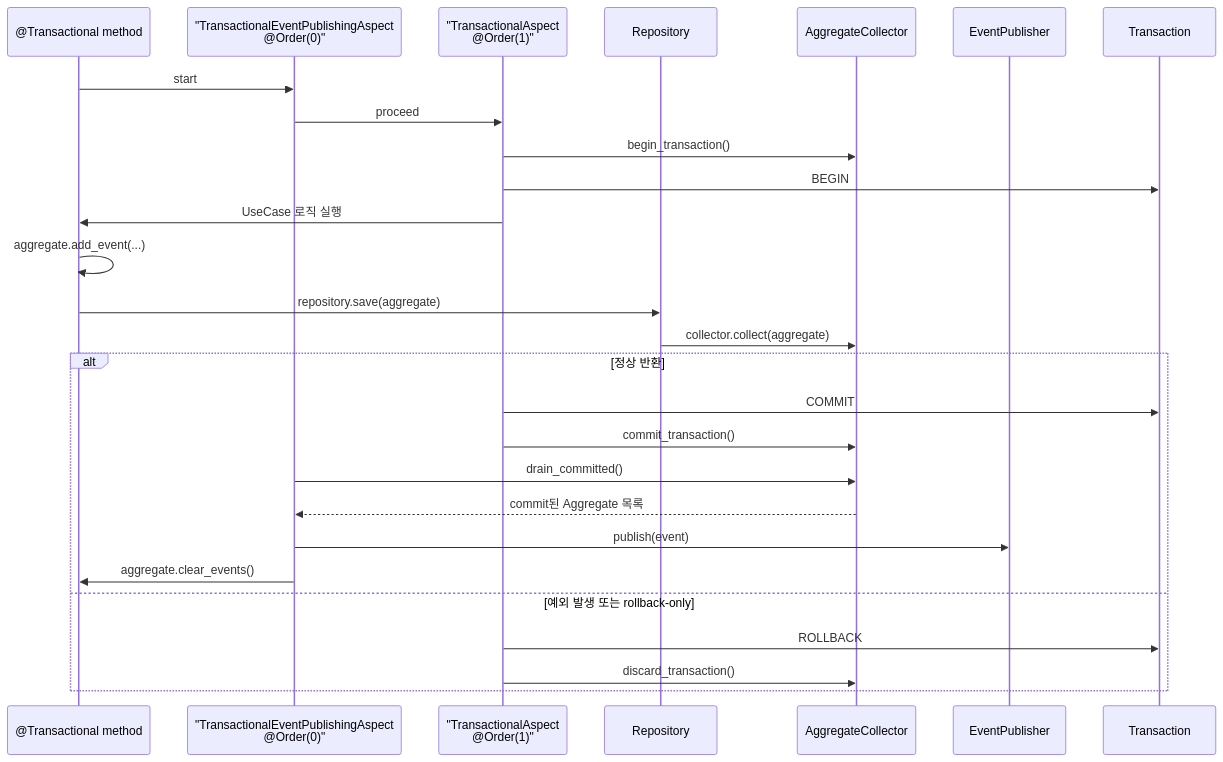
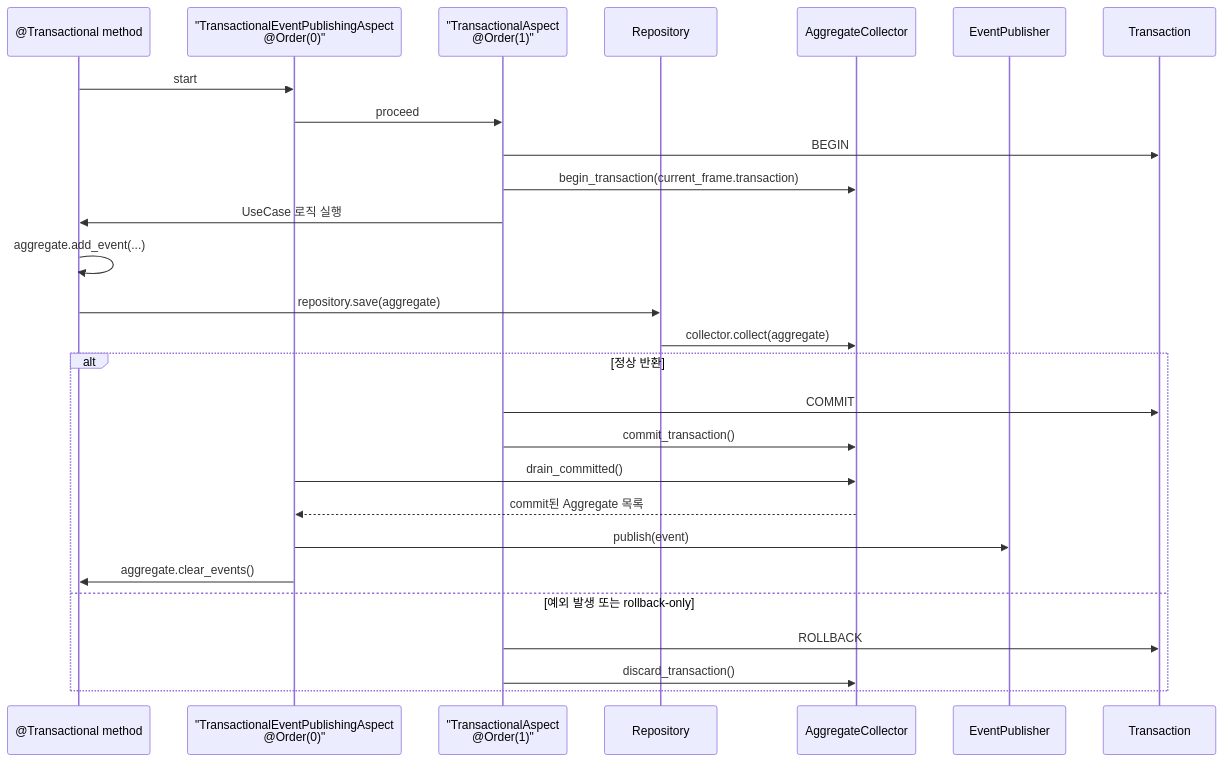
Before and after one commit to E5presso/spakky-framework: the tenth of 14 diagrams in ARCHITECTURE.md, drawn with Mermaid. The commit also changed other lines of this file and 22 other files, not shown here.

````diff
--- a/ARCHITECTURE.md
+++ b/ARCHITECTURE.md
@@ -1025,31 +1034,31 @@
 ```mermaid
 sequenceDiagram
     participant U as @Transactional method
     participant EA as "TransactionalEventPublishingAspect<br/>@Order(0)"
     participant TA as "TransactionalAspect<br/>@Order(1)"
     participant R as Repository
     participant C as AggregateCollector
     participant P as EventPublisher
     participant DB as Transaction
 
     U->>EA: start
     EA->>TA: proceed
-    TA->>C: begin_transaction()
     TA->>DB: BEGIN
+    TA->>C: begin_transaction(current_frame.transaction)
     TA->>U: UseCase 로직 실행
     U->>U: aggregate.add_event(...)
     U->>R: repository.save(aggregate)
     R->>C: collector.collect(aggregate)
 
     alt 정상 반환
         TA->>DB: COMMIT
         TA->>C: commit_transaction()
         EA->>C: drain_committed()
         C-->>EA: commit된 Aggregate 목록
         EA->>P: publish(event)
         EA->>U: aggregate.clear_events()
     else 예외 발생 또는 rollback-only
         TA->>DB: ROLLBACK
         TA->>C: discard_transaction()
     end
 ```
````
